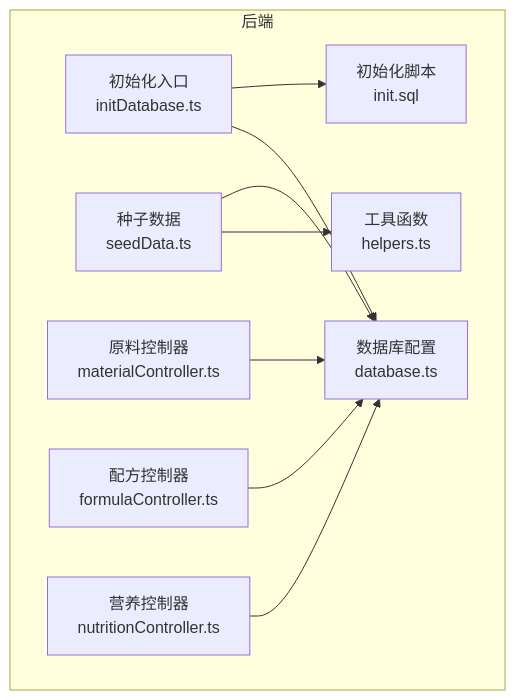
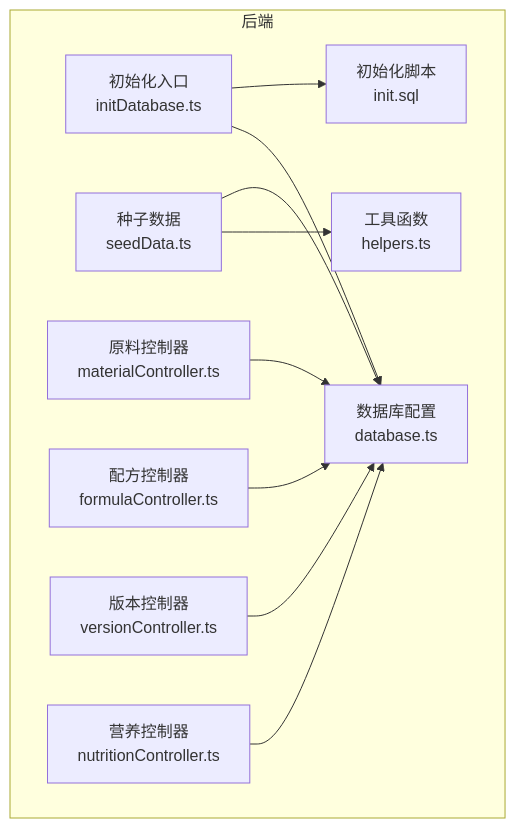
Before and after one commit to xpretycn/TingStudio: the first of 5 diagrams in .qoder/repowiki/zh/content/数据库设计/数据库设计.md, drawn with Mermaid. The commit also changed other lines of this file and 56 other files, not shown here.

````diff
--- a/.qoder/repowiki/zh/content/数据库设计/数据库设计.md
+++ b/.qoder/repowiki/zh/content/数据库设计/数据库设计.md
@@ -34,20 +38,22 @@
 ```mermaid
 graph TB
 subgraph "后端"
 CFG["数据库配置<br/>database.ts"]
 INIT_SQL["初始化脚本<br/>init.sql"]
 INIT_DB["初始化入口<br/>initDatabase.ts"]
 SEED["种子数据<br/>seedData.ts"]
 HELP["工具函数<br/>helpers.ts"]
 CTRL_M["原料控制器<br/>materialController.ts"]
 CTRL_F["配方控制器<br/>formulaController.ts"]
+CTRL_V["版本控制器<br/>versionController.ts"]
 CTRL_N["营养控制器<br/>nutritionController.ts"]
 end
 INIT_DB --> INIT_SQL
 INIT_DB --> CFG
 SEED --> CFG
 SEED --> HELP
 CTRL_M --> CFG
 CTRL_F --> CFG
+CTRL_V --> CFG
 CTRL_N --> CFG
 ```
````
